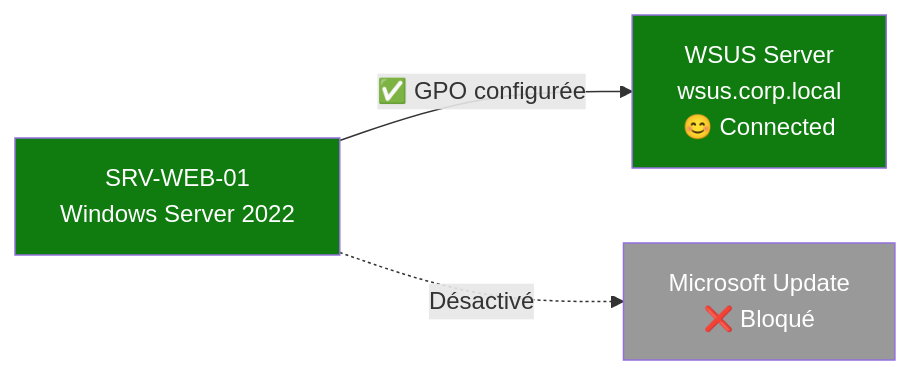
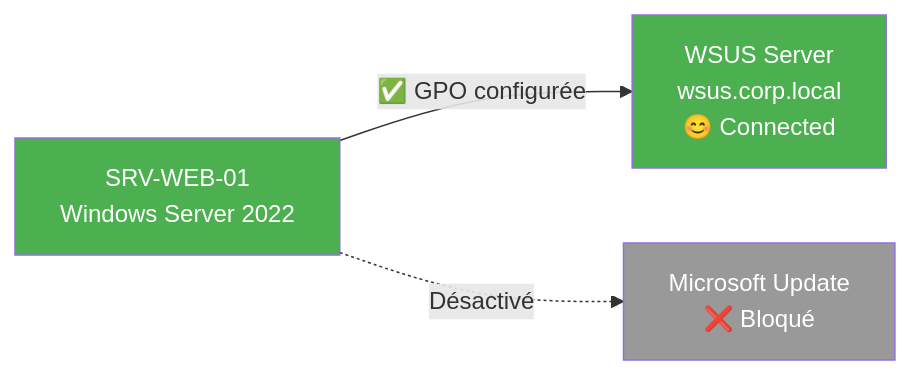
The second of 3 diagrams in docs/formations/windows-patching/03-module.md (VBlackJack/ShellBook), drawn with Mermaid before and after one commit. The commit also changed other lines of this file and 337 other files, not shown here.

First line of the commit message:
refactor(docs): Standardize code blocks and Mermaid colors

````diff
--- a/docs/formations/windows-patching/03-module.md
+++ b/docs/formations/windows-patching/03-module.md
@@ -52,13 +52,13 @@
 ```mermaid
 flowchart LR
     SRV[SRV-WEB-01<br/>Windows Server 2022]
     MS[Microsoft Update<br/>❌ Bloqué]
     WSUS[WSUS Server<br/>wsus.corp.local<br/>😊 Connected]
 
     SRV -->|✅ GPO configurée| WSUS
     SRV -.->|Désactivé| MS
 
     style MS fill:#999,color:#fff
-    style WSUS fill:#107C10,color:#fff
-    style SRV fill:#107C10,color:#fff
+    style WSUS fill:#4CAF50,color:#fff
+    style SRV fill:#4CAF50,color:#fff
 ```
````
